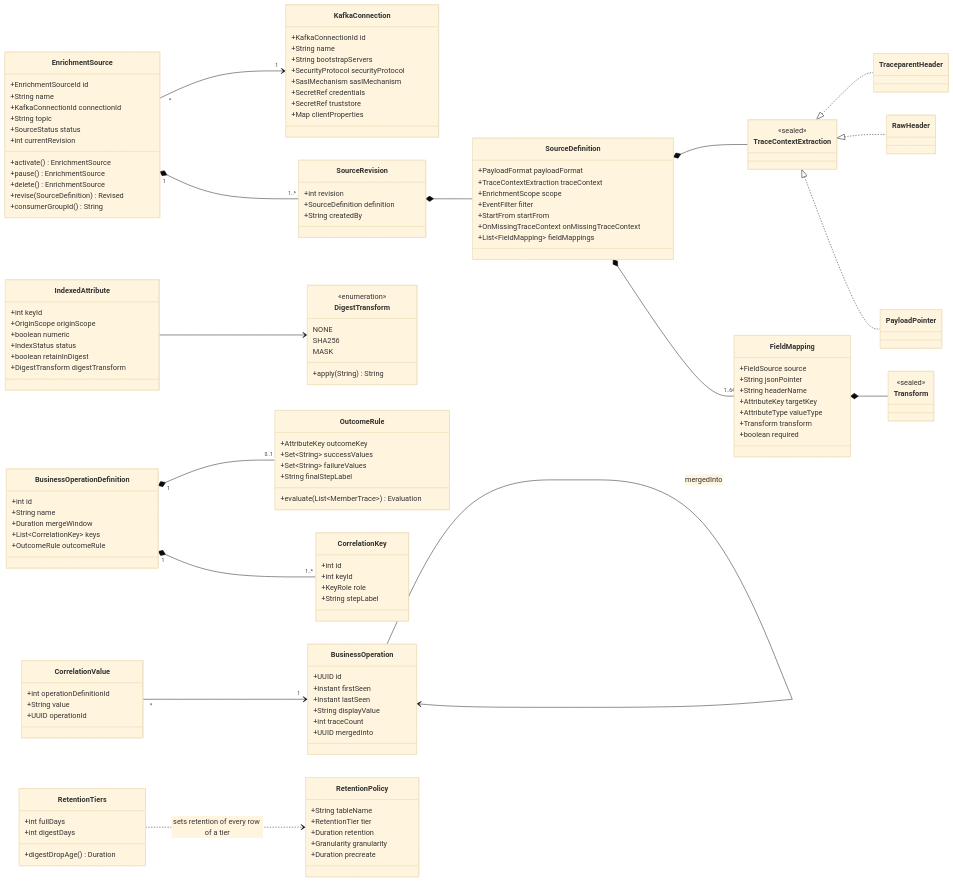
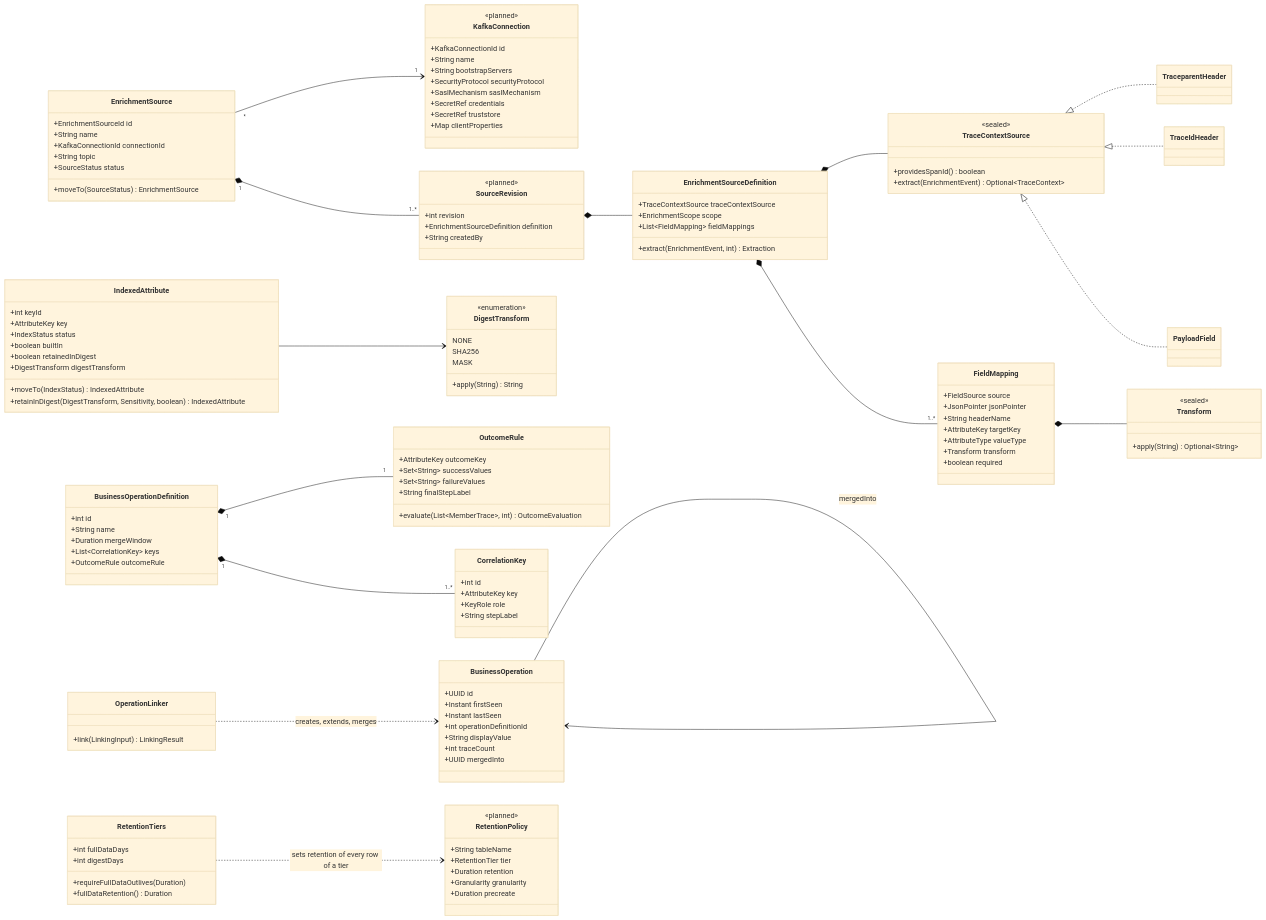
The third of 9 diagrams in agent/05-domain-model.md (aasmc/tracing-system), drawn with Mermaid (base theme) before and after one commit. The commit also changed other lines of this file and 35 other files, not shown here.

````diff
--- a/agent/05-domain-model.md
+++ b/agent/05-domain-model.md
@@ -891,6 +537,7 @@
 classDiagram
     direction LR
     class KafkaConnection {
+        <<planned>>
         +KafkaConnectionId id
         +String name
         +String bootstrapServers
@@ -906,36 +553,31 @@
         +KafkaConnectionId connectionId
         +String topic
         +SourceStatus status
-        +int currentRevision
-        +activate() EnrichmentSource
-        +pause() EnrichmentSource
-        +delete() EnrichmentSource
-        +revise(SourceDefinition) Revised
-        +consumerGroupId() String
+        +moveTo(SourceStatus) EnrichmentSource
     }
     class SourceRevision {
+        <<planned>>
         +int revision
-        +SourceDefinition definition
+        +EnrichmentSourceDefinition definition
         +String createdBy
     }
-    class SourceDefinition {
-        +PayloadFormat payloadFormat
-        +TraceContextExtraction traceContext
+    class EnrichmentSourceDefinition {
+        +TraceContextSource traceContextSource
         +EnrichmentScope scope
-        +EventFilter filter
-        +StartFrom startFrom
-        +OnMissingTraceContext onMissingTraceContext
         +List~FieldMapping~ fieldMappings
+        +extract(EnrichmentEvent, int) Extraction
     }
-    class TraceContextExtraction {
+    class TraceContextSource {
         <<sealed>>
+        +providesSpanId() boolean
+        +extract(EnrichmentEvent) Optional~TraceContext~
     }
     class TraceparentHeader
-    class RawHeader
-    class PayloadPointer
+    class TraceIdHeader
+    class PayloadField
     class FieldMapping {
         +FieldSource source
-        +String jsonPointer
+        +JsonPointer jsonPointer
         +String headerName
         +AttributeKey targetKey
         +AttributeType valueType
@@ -944,14 +586,17 @@
     }
     class Transform {
         <<sealed>>
+        +apply(String) Optional~String~
     }
     class IndexedAttribute {
         +int keyId
-        +OriginScope originScope
-        +boolean numeric
+        +AttributeKey key
         +IndexStatus status
-        +boolean retainInDigest
+        +boolean builtIn
+        +boolean retainedInDigest
         +DigestTransform digestTransform
+        +moveTo(IndexStatus) IndexedAttribute
+        +retainInDigest(DigestTransform, Sensitivity, boolean) IndexedAttribute
     }
     class DigestTransform {
         <<enumeration>>
@@ -972,11 +617,11 @@
         +Set~String~ successValues
         +Set~String~ failureValues
         +String finalStepLabel
-        +evaluate(List~MemberTrace~) Evaluation
+        +evaluate(List~MemberTrace~, int) OutcomeEvaluation
     }
     class CorrelationKey {
         +int id
-        +int keyId
+        +AttributeKey key
         +KeyRole role
         +String stepLabel
     }
@@ -984,16 +629,16 @@
         +UUID id
         +Instant firstSeen
         +Instant lastSeen
+        +int operationDefinitionId
         +String displayValue
         +int traceCount
         +UUID mergedInto
     }
-    class CorrelationValue {
-        +int operationDefinitionId
-        +String value
-        +UUID operationId
+    class OperationLinker {
+        +link(LinkingInput) LinkingResult
     }
     class RetentionPolicy {
+        <<planned>>
         +String tableName
         +RetentionTier tier
         +Duration retention
@@ -1001,23 +646,24 @@
         +Duration precreate
     }
     class RetentionTiers {
-        +int fullDays
+        +int fullDataDays
         +int digestDays
-        +digestDropAge() Duration
+        +requireFullDataOutlives(Duration)
+        +fullDataRetention() Duration
     }
     EnrichmentSource "*" --> "1" KafkaConnection
     EnrichmentSource "1" *-- "1..*" SourceRevision
-    SourceRevision *-- SourceDefinition
-    SourceDefinition *-- TraceContextExtraction
-    SourceDefinition *-- "1..64" FieldMapping
+    SourceRevision *-- EnrichmentSourceDefinition
+    EnrichmentSourceDefinition *-- TraceContextSource
+    EnrichmentSourceDefinition *-- "1..*" FieldMapping
     FieldMapping *-- Transform
-    TraceContextExtraction <|.. TraceparentHeader
-    TraceContextExtraction <|.. RawHeader
-    TraceContextExtraction <|.. PayloadPointer
+    TraceContextSource <|.. TraceparentHeader
+    TraceContextSource <|.. TraceIdHeader
+    TraceContextSource <|.. PayloadField
     BusinessOperationDefinition "1" *-- "1..*" CorrelationKey
-    BusinessOperationDefinition "1" *-- "0..1" OutcomeRule
+    BusinessOperationDefinition "1" *-- "1" OutcomeRule
     IndexedAttribute --> DigestTransform
     RetentionTiers ..> RetentionPolicy : sets retention of every row of a tier
-    CorrelationValue "*" --> "1" BusinessOperation
+    OperationLinker ..> BusinessOperation : creates, extends, merges
     BusinessOperation --> BusinessOperation : mergedInto
 ```
````
